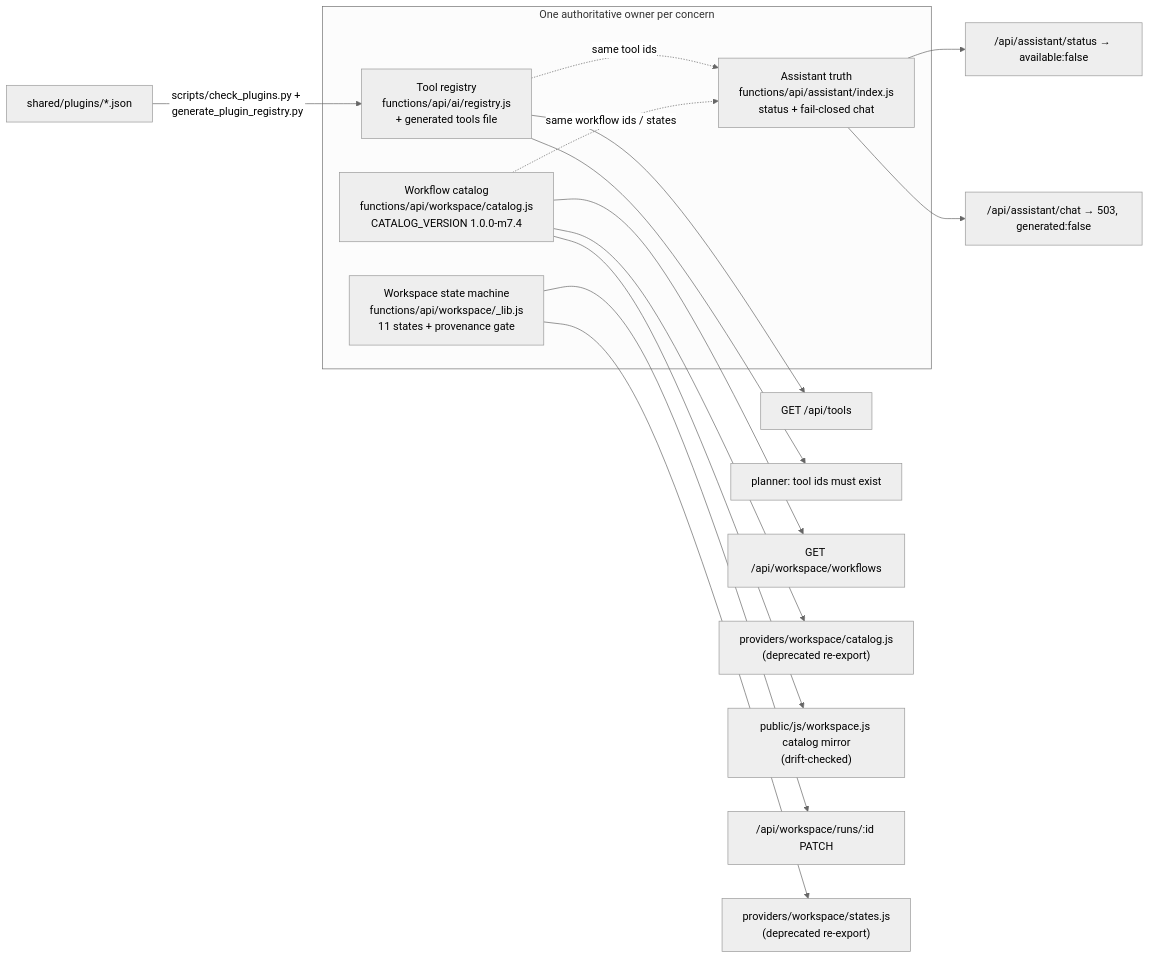
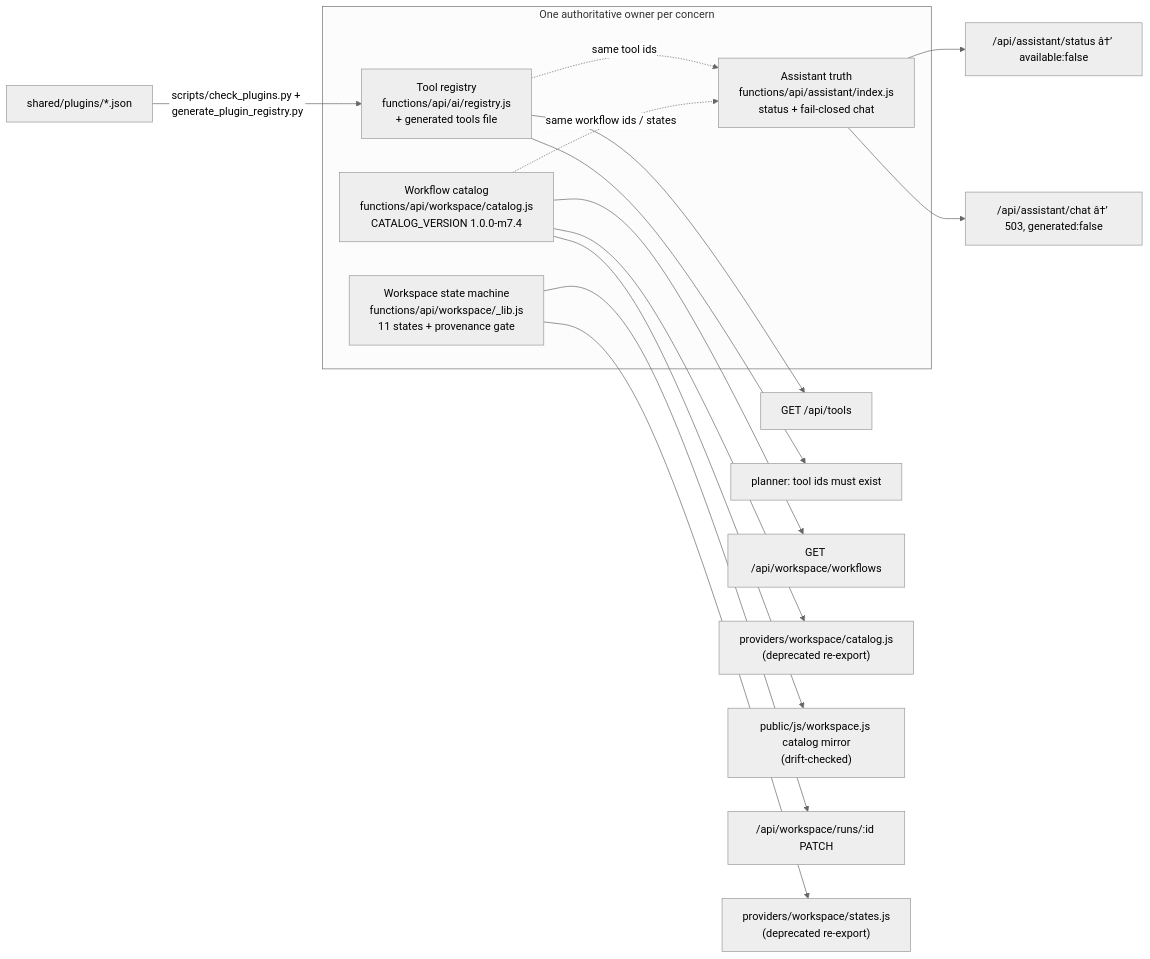
One commit to Marwanmorsy999/smart-bioinformatics-toolkit changed the third of 4 diagrams in docs/CORE_PRODUCT_ARCHITECTURE.md. Above: the diagram before and after it, drawn with Mermaid (neutral theme). The commit also changed other lines of this file and 7 other files, not shown here.

````diff
--- a/docs/CORE_PRODUCT_ARCHITECTURE.md
+++ b/docs/CORE_PRODUCT_ARCHITECTURE.md
@@ -110,21 +110,21 @@
 ```mermaid
 flowchart LR
     subgraph OWNERS["One authoritative owner per concern"]
         REG["Tool registry<br/>functions/api/ai/registry.js<br/>+ generated tools file"]
         CAT["Workflow catalog<br/>functions/api/workspace/catalog.js<br/>CATALOG_VERSION 1.0.0-m7.4"]
         WS["Workspace state machine<br/>functions/api/workspace/_lib.js<br/>11 states + provenance gate"]
         ASST["Assistant truth<br/>functions/api/assistant/index.js<br/>status + fail-closed chat"]
     end
     PM["shared/plugins/*.json"] -->|"scripts/check_plugins.py + generate_plugin_registry.py"| REG
     REG --> API["GET /api/tools"]
     REG --> PLAN["planner: tool ids must exist"]
     CAT --> WAPI["GET /api/workspace/workflows"]
     CAT --> SHIM1["providers/workspace/catalog.js<br/>(deprecated re-export)"]
     CAT --> UIMIRROR["public/js/workspace.js catalog mirror<br/>(drift-checked)"]
     WS --> WRUN["/api/workspace/runs/:id PATCH"]
     WS --> SHIM2["providers/workspace/states.js<br/>(deprecated re-export)"]
-    ASST --> ST["/api/assistant/status → available:false"]
-    ASST --> CH["/api/assistant/chat → 503, generated:false"]
+    ASST --> ST["/api/assistant/status â†’ available:false"]
+    ASST --> CH["/api/assistant/chat â†’ 503, generated:false"]
     REG -.->|"same tool ids"| ASST
     CAT -.->|"same workflow ids / states"| ASST
 ```
````
